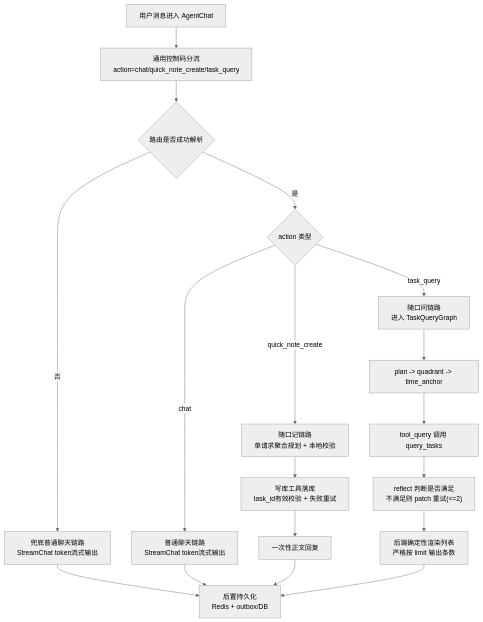
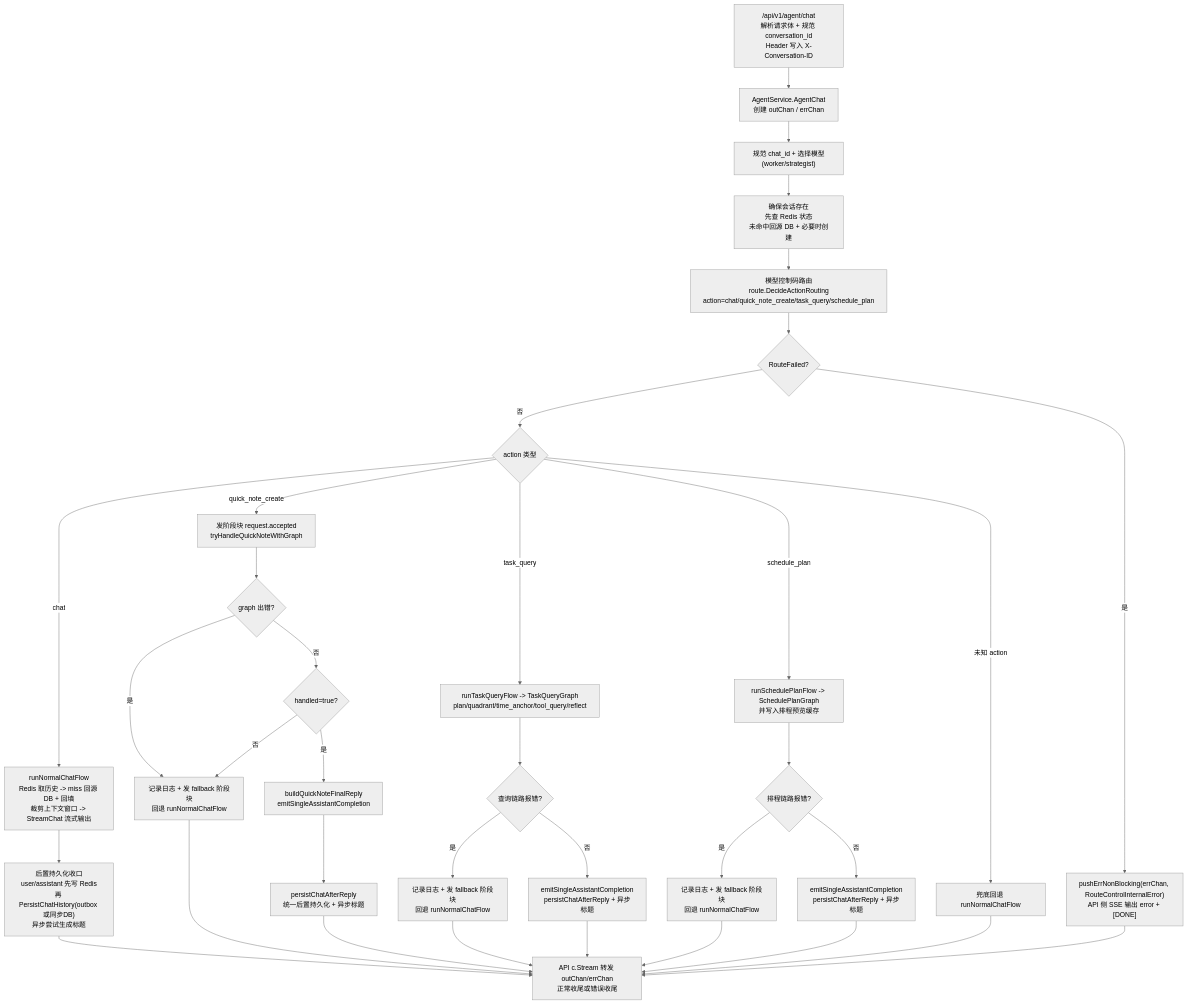
One commit to LoveLosita/SmartFlow-Agent changed the first of 4 diagrams in README.md. Above: the diagram before and after it, drawn with Mermaid (neutral theme). The commit also changed other lines of this file and 31 other files, not shown here.

````diff
--- a/README.md
+++ b/README.md
@@ -357,25 +357,44 @@
 ```mermaid
 flowchart TD
-    A["用户消息进入 AgentChat"] --> B["通用控制码分流<br/>action=chat/quick_note_create/task_query"]
-    B --> C{"路由是否成功解析"}
+    A["/api/v1/agent/chat<br/>解析请求体 + 规范 conversation_id<br/>Header 写入 X-Conversation-ID"] --> B["AgentService.AgentChat<br/>创建 outChan / errChan"]
+    B --> C["规范 chat_id + 选择模型(worker/strategist)"]
+    C --> D["确保会话存在<br/>先查 Redis 状态<br/>未命中回源 DB + 必要时创建"]
+    D --> E["模型控制码路由<br/>route.DecideActionRouting<br/>action=chat/quick_note_create/task_query/schedule_plan"]
+    E --> F{"RouteFailed?"}
 
-    C -- 否 --> D["兜底普通聊天链路<br/>StreamChat token流式输出"]
-    C -- 是 --> E{"action 类型"}
+    F -- "是" --> G["pushErrNonBlocking(errChan, RouteControlInternalError)<br/>API 侧 SSE 输出 error + [DONE]"]
+    F -- "否" --> H{"action 类型"}
 
-    E -- chat --> F["普通聊天链路<br/>StreamChat token流式输出"]
+    H -- "chat" --> I["runNormalChatFlow<br/>Redis 取历史 -> miss 回源 DB + 回填<br/>裁剪上下文窗口 -> StreamChat 流式输出"]
+    I --> I2["后置持久化收口<br/>user/assistant 先写 Redis<br/>再 PersistChatHistory(outbox 或同步DB)<br/>异步尝试生成标题"]
 
-    E -- quick_note_create --> G["随口记链路<br/>单请求聚合规划 + 本地校验"]
-    G --> H["写库工具落库<br/>task_id有效校验 + 失败重试"]
-    H --> I["一次性正文回复"]
+    H -- "quick_note_create" --> J["发阶段块 request.accepted<br/>tryHandleQuickNoteWithGraph"]
+    J --> J1{"graph 出错?"}
+    J1 -- "是" --> J2["记录日志 + 发 fallback 阶段块<br/>回退 runNormalChatFlow"]
+    J1 -- "否" --> J3{"handled=true?"}
+    J3 -- "否" --> J2
+    J3 -- "是" --> J4["buildQuickNoteFinalReply<br/>emitSingleAssistantCompletion"]
+    J4 --> J5["persistChatAfterReply<br/>统一后置持久化 + 异步标题"]
 
-    E -- task_query --> J["随口问链路<br/>进入 TaskQueryGraph"]
-    J --> K["plan -> quadrant -> time_anchor"]
-    K --> L["tool_query 调用 query_tasks"]
-    L --> M["reflect 判断是否满足<br/>不满足则 patch 重试(<=2)"]
-    M --> N["后端确定性渲染列表<br/>严格按 limit 输出条数"]
+    H -- "task_query" --> K["runTaskQueryFlow -> TaskQueryGraph<br/>plan/quadrant/time_anchor/tool_query/reflect"]
+    K --> K1{"查询链路报错?"}
+    K1 -- "是" --> K2["记录日志 + 发 fallback 阶段块<br/>回退 runNormalChatFlow"]
+    K1 -- "否" --> K3["emitSingleAssistantCompletion<br/>persistChatAfterReply + 异步标题"]
 
-    D --> Z["后置持久化<br/>Redis + outbox/DB"]
-    F --> Z
-    I --> Z
-    N --> Z
+    H -- "schedule_plan" --> L["runSchedulePlanFlow -> SchedulePlanGraph<br/>并写入排程预览缓存"]
+    L --> L1{"排程链路报错?"}
+    L1 -- "是" --> L2["记录日志 + 发 fallback 阶段块<br/>回退 runNormalChatFlow"]
+    L1 -- "否" --> L3["emitSingleAssistantCompletion<br/>persistChatAfterReply + 异步标题"]
+
+    H -- "未知 action" --> M["兜底回退 runNormalChatFlow"]
+
+    I2 --> Z["API c.Stream 转发 outChan/errChan<br/>正常收尾或错误收尾"]
+    J2 --> Z
+    J5 --> Z
+    K2 --> Z
+    K3 --> Z
+    L2 --> Z
+    L3 --> Z
+    M --> Z
+    G --> Z
 ```
````
